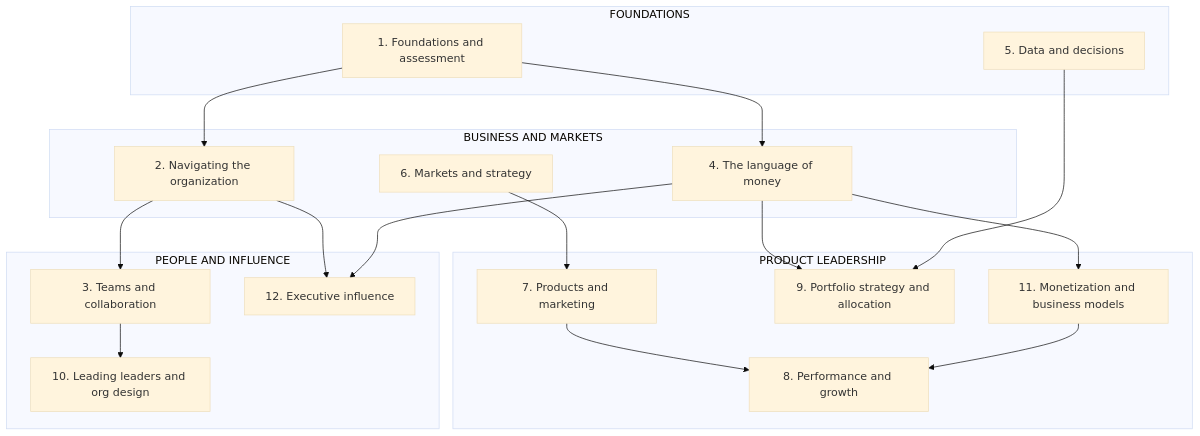
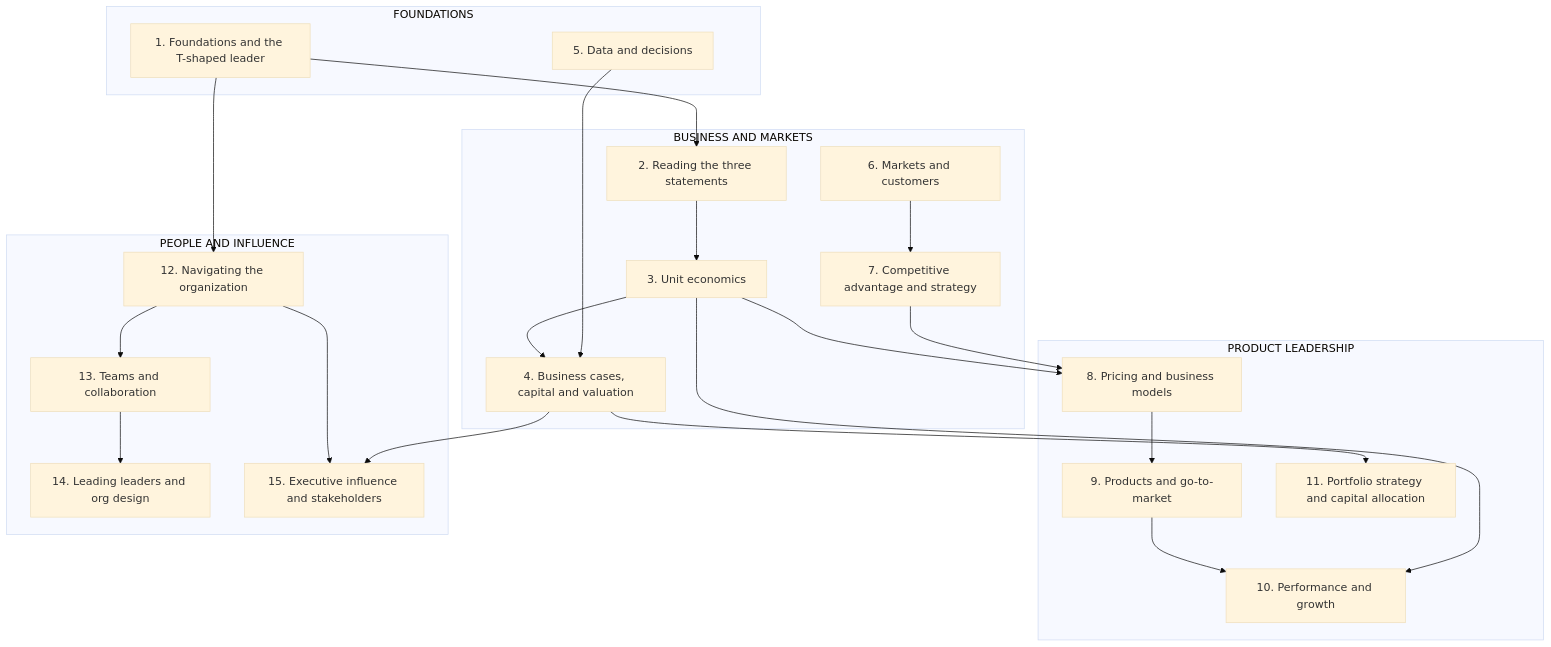
One commit to aakashagg123/gatsby changed the diagram in business-acumen/README.md. Above: the diagram before and after it, drawn with Mermaid (base theme). The commit also changed other lines of this file and 41 other files, not shown here.

````diff
--- a/business-acumen/README.md
+++ b/business-acumen/README.md
@@ -28,32 +31,35 @@
 ```mermaid
 flowchart TB
   subgraph FOUND["FOUNDATIONS"]
-    L1["1. Foundations and assessment"]
+    L1["1. Foundations and the T-shaped leader"]
     L5["5. Data and decisions"]
   end
   subgraph BIZ["BUSINESS AND MARKETS"]
-    L2["2. Navigating the organization"]
-    L4["4. The language of money"]
-    L6["6. Markets and strategy"]
+    L2["2. Reading the three statements"]
+    L3["3. Unit economics"]
+    L4["4. Business cases, capital and valuation"]
+    L6["6. Markets and customers"]
+    L7["7. Competitive advantage and strategy"]
   end
   subgraph PROD["PRODUCT LEADERSHIP"]
-    L7["7. Products and marketing"]
-    L8["8. Performance and growth"]
-    L9["9. Portfolio strategy and allocation"]
-    L11["11. Monetization and business models"]
+    L8["8. Pricing and business models"]
+    L9["9. Products and go-to-market"]
+    L10["10. Performance and growth"]
+    L11["11. Portfolio strategy and capital allocation"]
   end
   subgraph PEOPLE["PEOPLE AND INFLUENCE"]
-    L3["3. Teams and collaboration"]
-    L10["10. Leading leaders and org design"]
-    L12["12. Executive influence"]
+    L12["12. Navigating the organization"]
+    L13["13. Teams and collaboration"]
+    L14["14. Leading leaders and org design"]
+    L15["15. Executive influence and stakeholders"]
   end
-  L1 --> L2 --> L3
-  L1 --> L4 --> L11
-  L4 --> L9
-  L5 --> L9
+  L1 --> L2 --> L3 --> L4
+  L4 --> L11
+  L5 --> L4
+  L3 --> L8 --> L9 --> L10
   L6 --> L7 --> L8
-  L11 --> L8
   L3 --> L10
-  L2 --> L12
-  L4 --> L12
+  L1 --> L12 --> L13 --> L14
+  L12 --> L15
+  L4 --> L15
 ```
````
